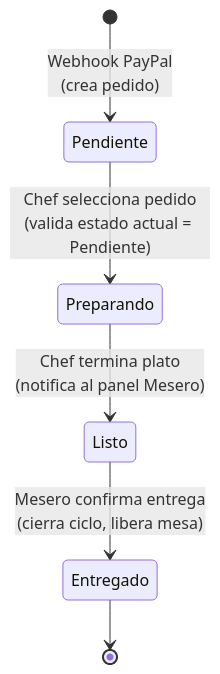
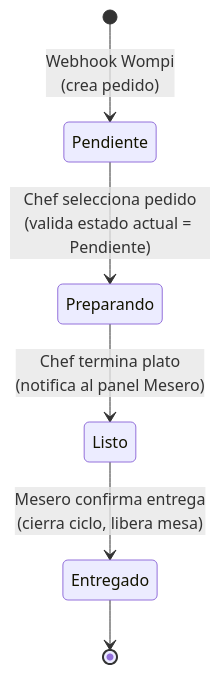
The second of 3 diagrams in docs/03-arquitectura/flujos.md (SLarkZ01/E-commerce-de-Restaurante), drawn with Mermaid before and after one commit. The commit also changed other lines of this file and 30 other files, not shown here.

````diff
--- a/docs/03-arquitectura/flujos.md
+++ b/docs/03-arquitectura/flujos.md
@@ -44,8 +44,8 @@
 ```mermaid
 stateDiagram-v2
-    [*] --> Pendiente: Webhook PayPal<br/>(crea pedido)
+    [*] --> Pendiente: Webhook Wompi<br/>(crea pedido)
     Pendiente --> Preparando: Chef selecciona pedido<br/>(valida estado actual = Pendiente)
     Preparando --> Listo: Chef termina plato<br/>(notifica al panel Mesero)
     Listo --> Entregado: Mesero confirma entrega<br/>(cierra ciclo, libera mesa)
     Entregado --> [*]
 ```
````
